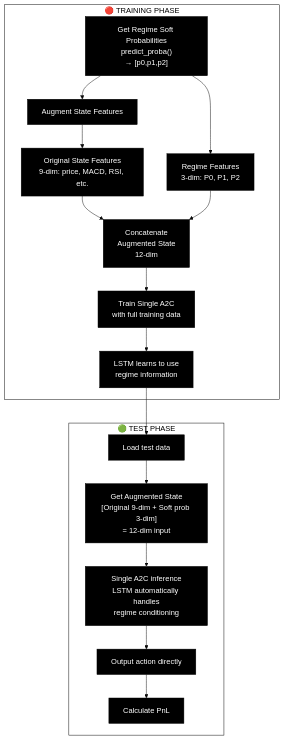
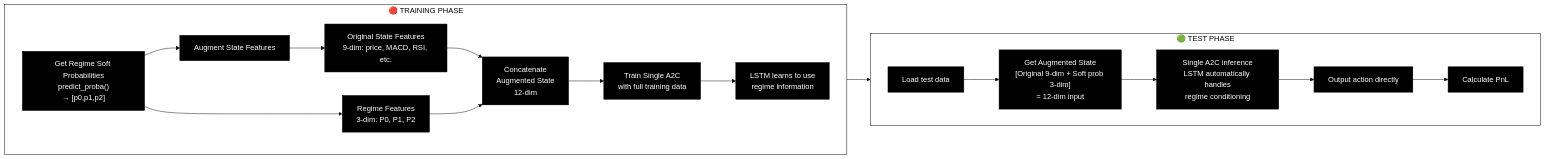
Before and after one commit to C-CU-2025-Fall/IEOR4733_Project: the third of 4 diagrams in regime_detection/DIAGRAMS.md, drawn with Mermaid. The commit also changed other lines of this file and 2 other files, not shown here.

Commit message:
上传一些presentationPPT相关内容
presentationPPT相关内容

````diff
--- a/regime_detection/DIAGRAMS.md
+++ b/regime_detection/DIAGRAMS.md
@@ -81,37 +81,39 @@
 ```mermaid
 %%{init: {'theme': 'base', 'themeVariables': { 'primaryColor': '#000000', 'primaryTextColor': '#FFFFFF', 'primaryBorderColor': '#000000', 'backgroundColor': '#FFFFFF', 'secondaryColor': '#000000', 'secondaryTextColor': '#FFFFFF', 'secondaryBorderColor': '#000000', 'tertiaryColor': '#000000', 'tertiaryTextColor': '#FFFFFF', 'tertiaryBorderColor': '#000000', 'noteBkgColor': '#000000', 'noteBorderColor': '#000000', 'noteTextColor': '#FFFFFF'}}}%%
-graph TD
+graph LR
     subgraph train["🔴 TRAINING PHASE"]
+        direction LR
         A1["Get Regime Soft Probabilities<br/>predict_proba()<br/>→ [p0,p1,p2]"] --> A2["Augment State Features"]
         A2 --> A3["Original State Features<br/>9-dim: price, MACD, RSI, etc."]
         A1 --> A4["Regime Features<br/>3-dim: P0, P1, P2"]
         A3 --> A5["Concatenate<br/>Augmented State<br/>12-dim"]
         A4 --> A5
         A5 --> A6["Train Single A2C<br/>with full training data"]
         A6 --> A7["LSTM learns to use<br/>regime information"]
     end
     
     subgraph test["🟢 TEST PHASE"]
+        direction LR
         B1["Load test data"] --> B2["Get Augmented State<br/>[Original 9-dim + Soft prob 3-dim]<br/>= 12-dim input"]
         B2 --> B3["Single A2C inference<br/>LSTM automatically handles<br/>regime conditioning"]
         B3 --> B4["Output action directly"]
         B4 --> B5["Calculate PnL"]
     end
     
     A7 --> B1
     
     style train fill:#FFFFFF,stroke:#000000,color:#000000
     style test fill:#FFFFFF,stroke:#000000,color:#000000
     style A1 fill:#000000,stroke:#000000,color:#FFFFFF
     style A2 fill:#000000,stroke:#000000,color:#FFFFFF
     style A3 fill:#000000,stroke:#000000,color:#FFFFFF
     style A4 fill:#000000,stroke:#000000,color:#FFFFFF
     style A5 fill:#000000,stroke:#000000,color:#FFFFFF
     style A6 fill:#000000,stroke:#000000,color:#FFFFFF
     style A7 fill:#000000,stroke:#000000,color:#FFFFFF
     style B1 fill:#000000,stroke:#000000,color:#FFFFFF
     style B2 fill:#000000,stroke:#000000,color:#FFFFFF
     style B3 fill:#000000,stroke:#000000,color:#FFFFFF
     style B4 fill:#000000,stroke:#000000,color:#FFFFFF
     style B5 fill:#000000,stroke:#000000,color:#FFFFFF
 ```
````
